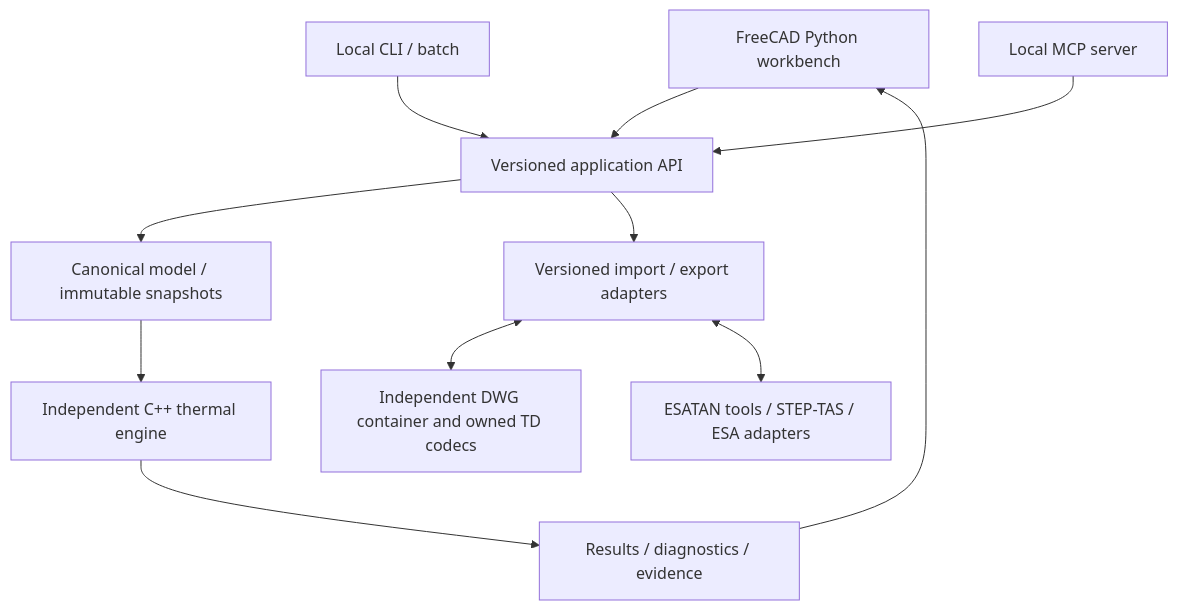
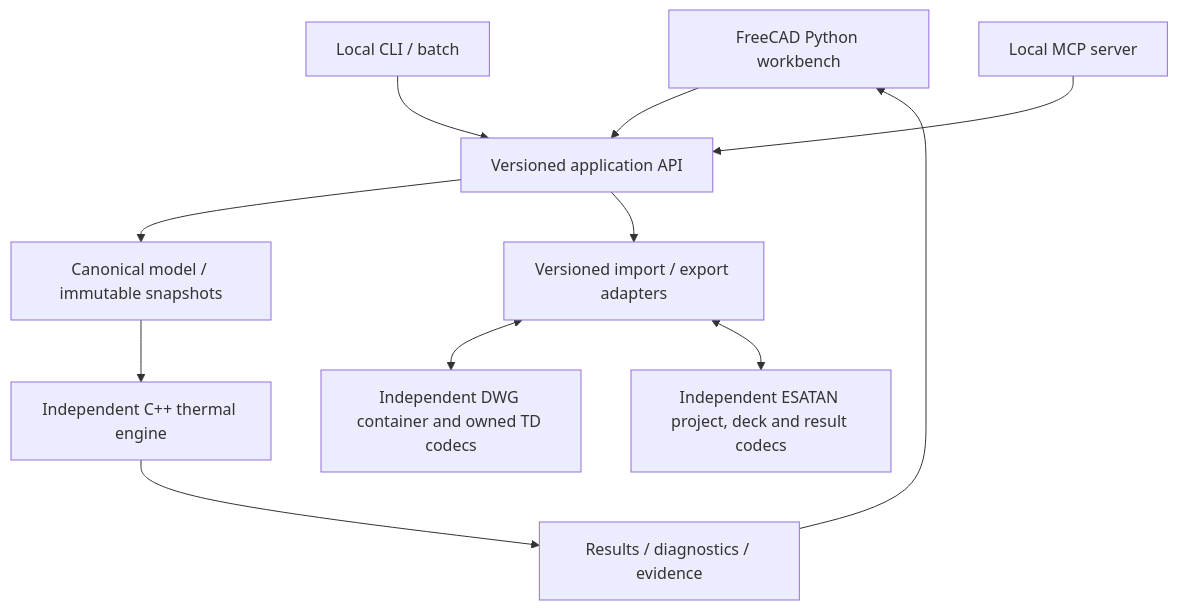
One commit to Bored-Anarchist/freecad-space-thermal changed the diagram in spec/FreeCAD-Space-Thermal-Specification.md. Above: the diagram before and after it, drawn with Mermaid. The commit also changed other lines of this file and 44 other files, not shown here.

Commit message:
Implement independent DWG container and SINDA writer; require independent ESATAN codecs

````diff
--- a/spec/FreeCAD-Space-Thermal-Specification.md
+++ b/spec/FreeCAD-Space-Thermal-Specification.md
@@ -91,13 +91,13 @@
 ```mermaid
 flowchart TB
     GUI[FreeCAD Python workbench] --> API[Versioned application API]
     CLI[Local CLI / batch] --> API
     MCP[Local MCP server] --> API
     API --> MODEL[Canonical model / immutable snapshots]
     MODEL --> ENGINE[Independent C++ thermal engine]
     ENGINE --> RESULTS[Results / diagnostics / evidence]
     RESULTS --> GUI
     API --> ADAPTERS[Versioned import / export adapters]
     ADAPTERS <--> TD[Independent DWG container and owned TD codecs]
-    ADAPTERS <--> ESA[ESATAN tools / STEP-TAS / ESA adapters]
+    ADAPTERS <--> ESA[Independent ESATAN project, deck and result codecs]
 ```
````
